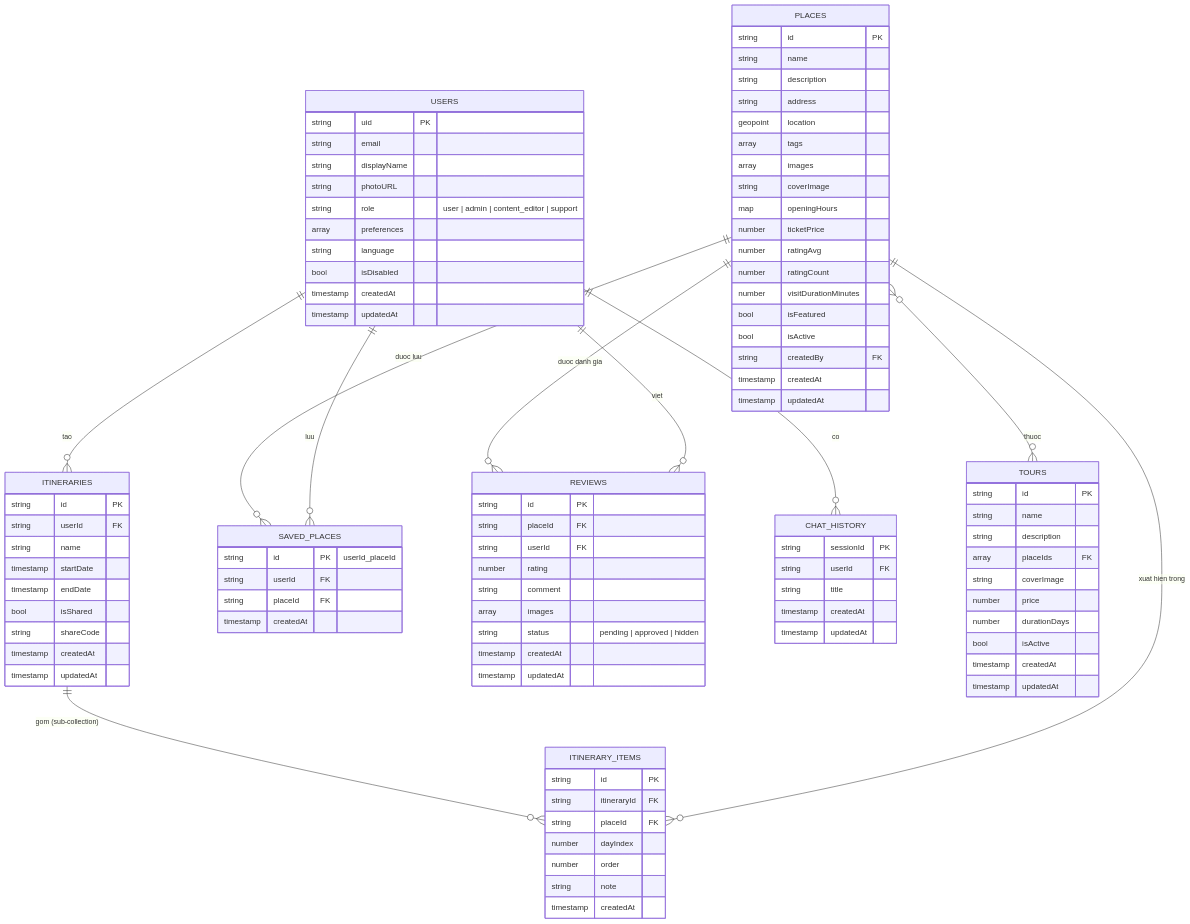
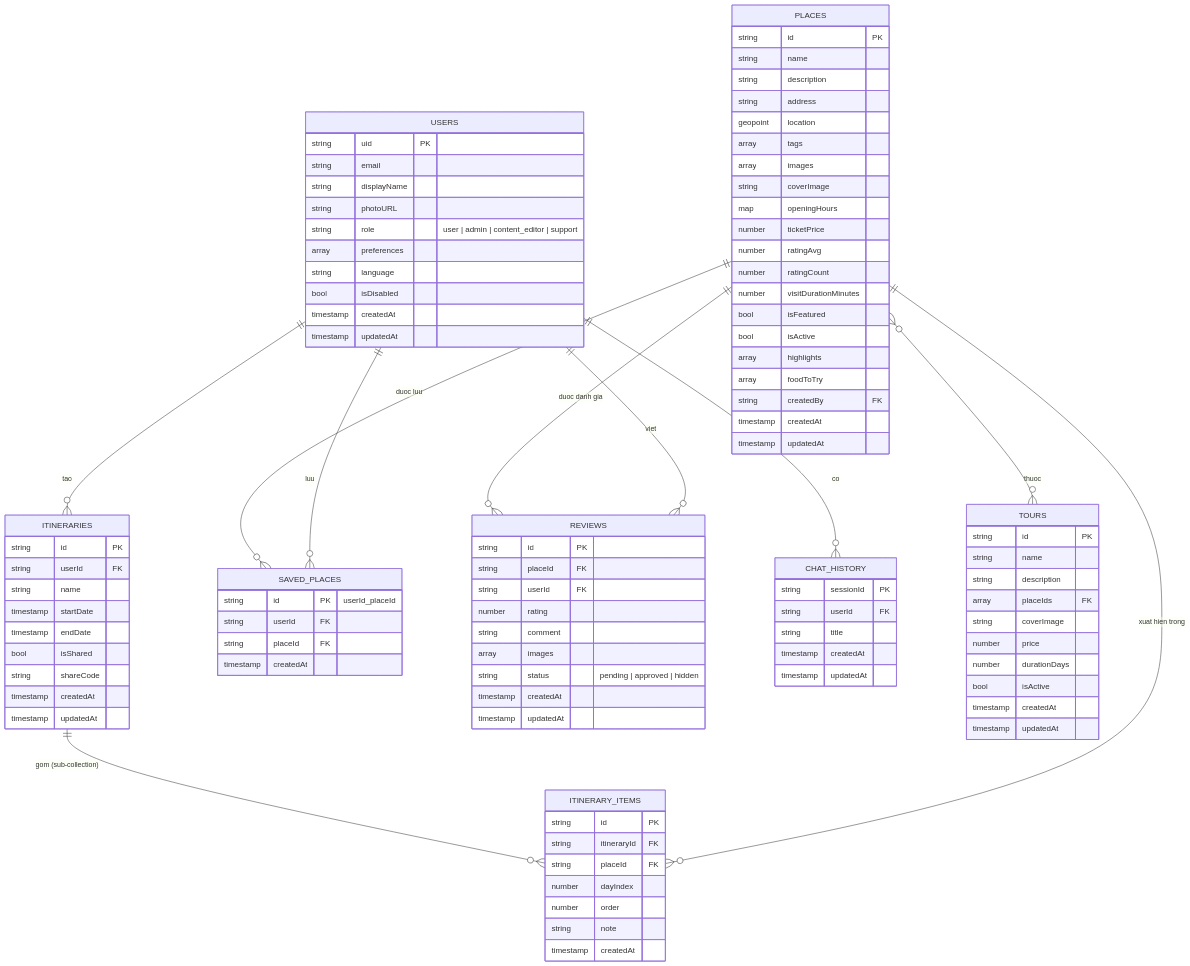
One commit to tuong10adc2/Travel_App changed the diagram in docs/erd-database.mermaid. Above: the diagram before and after it, drawn with Mermaid. The commit also changed 16 other files, not shown here.

```diff
--- a/docs/erd-database.mermaid
+++ b/docs/erd-database.mermaid
@@ -1,108 +1,110 @@
 erDiagram
     USERS ||--o{ ITINERARIES : "tao"
     USERS ||--o{ SAVED_PLACES : "luu"
     USERS ||--o{ REVIEWS : "viet"
     USERS ||--o{ CHAT_HISTORY : "co"
 
     PLACES ||--o{ REVIEWS : "duoc danh gia"
     PLACES ||--o{ SAVED_PLACES : "duoc luu"
     PLACES ||--o{ ITINERARY_ITEMS : "xuat hien trong"
     PLACES }o--o{ TOURS : "thuoc"
 
     ITINERARIES ||--o{ ITINERARY_ITEMS : "gom (sub-collection)"
 
     USERS {
         string uid PK
         string email
         string displayName
         string photoURL
         string role "user | admin | content_editor | support"
         array preferences
         string language
         bool isDisabled
         timestamp createdAt
         timestamp updatedAt
     }
 
     PLACES {
         string id PK
         string name
         string description
         string address
         geopoint location
         array tags
         array images
         string coverImage
         map openingHours
         number ticketPrice
         number ratingAvg
         number ratingCount
         number visitDurationMinutes
         bool isFeatured
         bool isActive
+        array highlights
+        array foodToTry
         string createdBy FK
         timestamp createdAt
         timestamp updatedAt
     }
 
     TOURS {
         string id PK
         string name
         string description
         array placeIds FK
         string coverImage
         number price
         number durationDays
         bool isActive
         timestamp createdAt
         timestamp updatedAt
     }
 
     ITINERARIES {
         string id PK
         string userId FK
         string name
         timestamp startDate
         timestamp endDate
         bool isShared
         string shareCode
         timestamp createdAt
         timestamp updatedAt
     }
 
     ITINERARY_ITEMS {
         string id PK
         string itineraryId FK
         string placeId FK
         number dayIndex
         number order
         string note
         timestamp createdAt
     }
 
     REVIEWS {
         string id PK
         string placeId FK
         string userId FK
         number rating
         string comment
         array images
         string status "pending | approved | hidden"
         timestamp createdAt
         timestamp updatedAt
     }
 
     SAVED_PLACES {
         string id PK "userId_placeId"
         string userId FK
         string placeId FK
         timestamp createdAt
     }
 
     CHAT_HISTORY {
         string sessionId PK
         string userId FK
         string title
         timestamp createdAt
         timestamp updatedAt
     }
```
